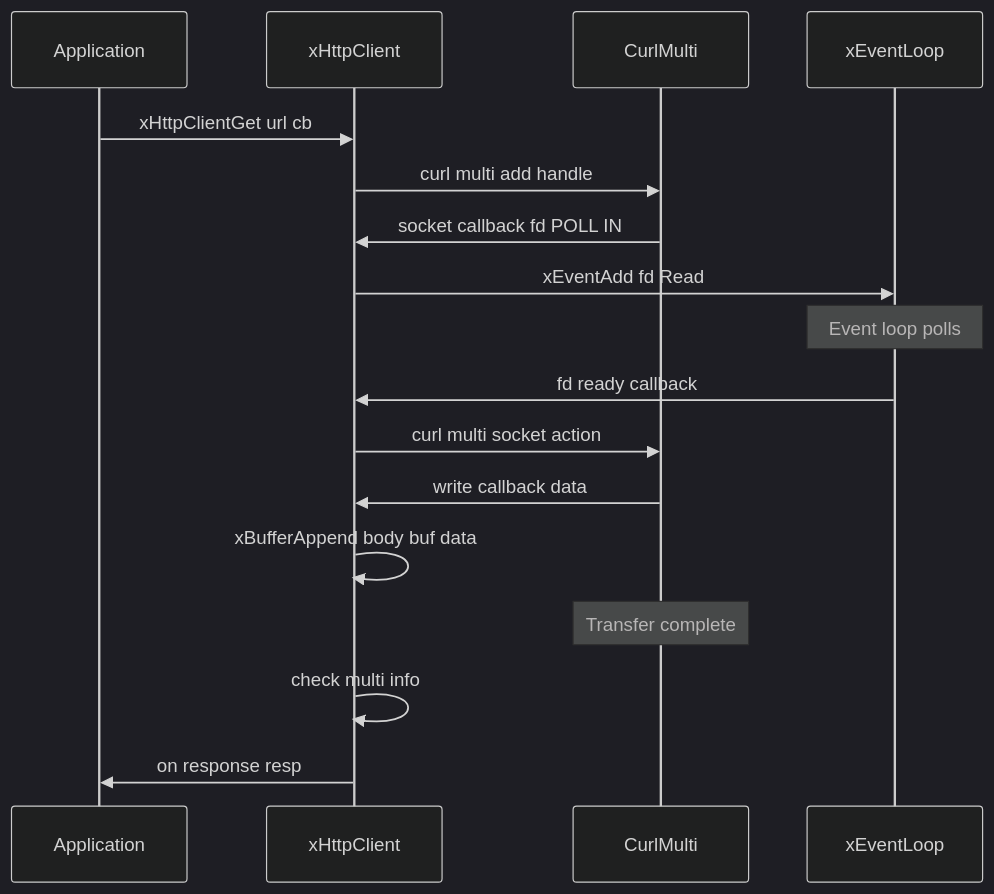
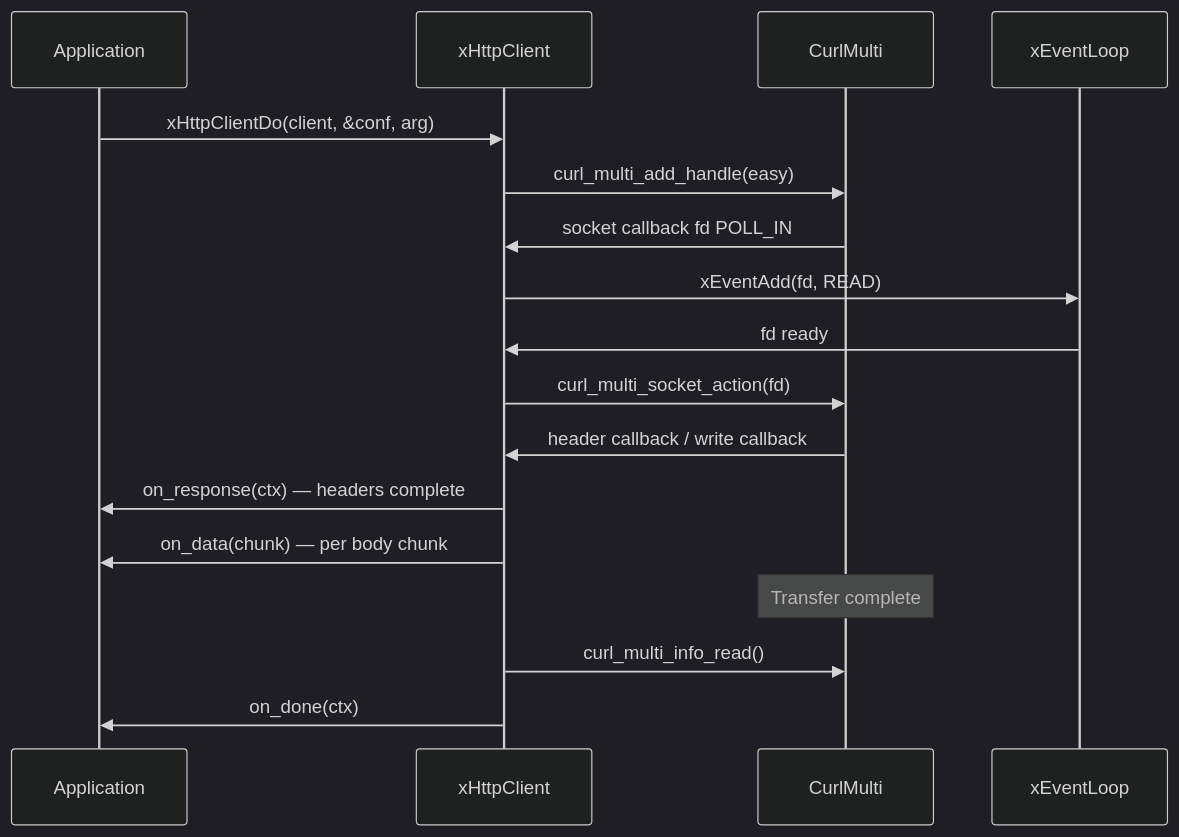
The second of 3 diagrams in docs/libx/http/client.md (mivinci/x), drawn with Mermaid (dark theme) before and after one commit. The commit also changed other lines of this file and 6 other files, not shown here.

First line of the commit message:
Rewrite all HTTP module docs for unified xHttpCtx API

````diff
--- a/docs/libx/http/client.md
+++ b/docs/libx/http/client.md
@@ -314,20 +447,20 @@
 ```mermaid
 sequenceDiagram
     participant App as Application
     participant Client as xHttpClient
     participant Curl as CurlMulti
     participant L as xEventLoop
 
-    App->>Client: xHttpClientGet url cb
-    Client->>Curl: curl multi add handle
-    Curl->>Client: socket callback fd POLL IN
-    Client->>L: xEventAdd fd Read
-    Note over L: Event loop polls
-    L->>Client: fd ready callback
-    Client->>Curl: curl multi socket action
-    Curl->>Client: write callback data
-    Client->>Client: xBufferAppend body buf data
+    App->>Client: xHttpClientDo(client, &conf, arg)
+    Client->>Curl: curl_multi_add_handle(easy)
+    Curl->>Client: socket callback fd POLL_IN
+    Client->>L: xEventAdd(fd, READ)
+    L->>Client: fd ready
+    Client->>Curl: curl_multi_socket_action(fd)
+    Curl->>Client: header callback / write callback
+    Client->>App: on_response(ctx) — headers complete
+    Client->>App: on_data(chunk) — per body chunk
     Note over Curl: Transfer complete
-    Client->>Client: check multi info
-    Client->>App: on response resp
+    Client->>Curl: curl_multi_info_read()
+    Client->>App: on_done(ctx)
 ```
````
